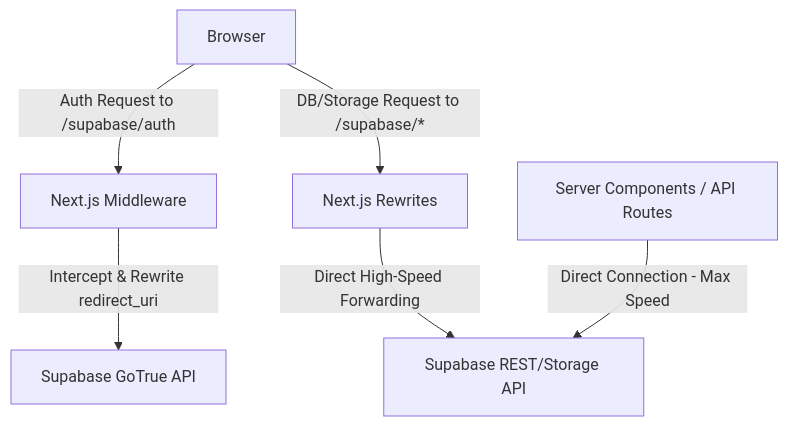
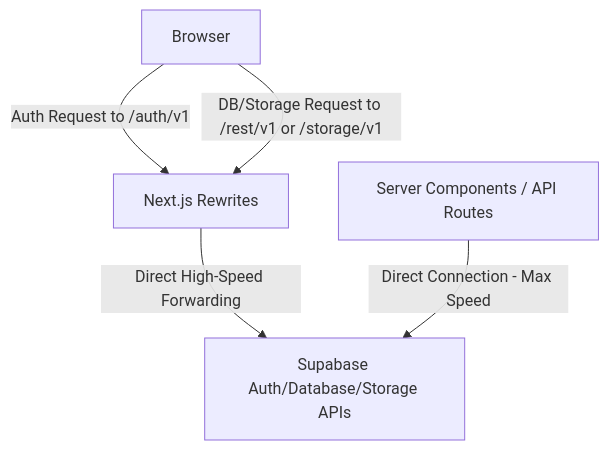
Before and after one commit to namea1000/creaibox: the diagram in docs/project/supabase-custom-domain-proxy.md, drawn with Mermaid. The commit also changed other lines of this file and 62 other files, not shown here.

````diff
--- a/docs/project/supabase-custom-domain-proxy.md
+++ b/docs/project/supabase-custom-domain-proxy.md
@@ -11,10 +11,9 @@
 ```mermaid
 graph TD
-    Browser[Browser] -->|Auth Request to /supabase/auth| Middleware[Next.js Middleware]
-    Browser -->|DB/Storage Request to /supabase/*| NextRewrite[Next.js Rewrites]
+    Browser[Browser] -->|Auth Request to /auth/v1| NextRewrite[Next.js Rewrites]
+    Browser -->|DB/Storage Request to /rest/v1 or /storage/v1| NextRewrite
     
-    Middleware -->|Intercept & Rewrite redirect_uri| SupabaseAuth[Supabase GoTrue API]
-    NextRewrite -->|Direct High-Speed Forwarding| SupabaseREST[Supabase REST/Storage API]
+    NextRewrite -->|Direct High-Speed Forwarding| SupabaseGoTrue[Supabase Auth/Database/Storage APIs]
     
-    ServerSide[Server Components / API Routes] -->|Direct Connection - Max Speed| SupabaseREST
+    ServerSide[Server Components / API Routes] -->|Direct Connection - Max Speed| SupabaseGoTrue
 ```
````
